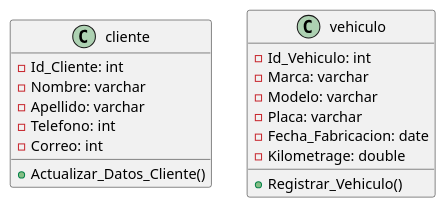
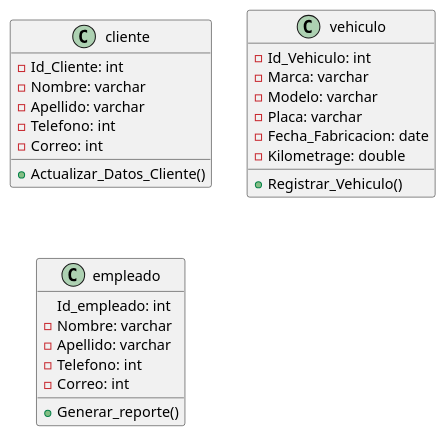
One commit to Gianfranco-sudo/autorent changed the diagram in src/main/java/DiagramaClasesAuorent.puml. Above: the diagram before and after it, drawn with PlantUML.

Commit message:
Se agrego la clase vehiculo

```diff
--- a/src/main/java/DiagramaClasesAuorent.puml
+++ b/src/main/java/DiagramaClasesAuorent.puml
@@ -1,21 +1,30 @@
 @startuml
 class cliente{
 -Id_Cliente: int
 -Nombre: varchar
 -Apellido: varchar
 -Telefono: int
 -Correo: int
 +Actualizar_Datos_Cliente()
 }
 class vehiculo{
 -Id_Vehiculo: int
 -Marca: varchar
 -Modelo: varchar
 -Placa: varchar
 -Fecha_Fabricacion: date
 -Kilometrage: double
 +Registrar_Vehiculo()
 }
 
+class empleado{
+Id_empleado: int
+-Nombre: varchar
+-Apellido: varchar
+-Telefono: int
+-Correo: int
++Generar_reporte()
+}
+
 
 @enduml
```
